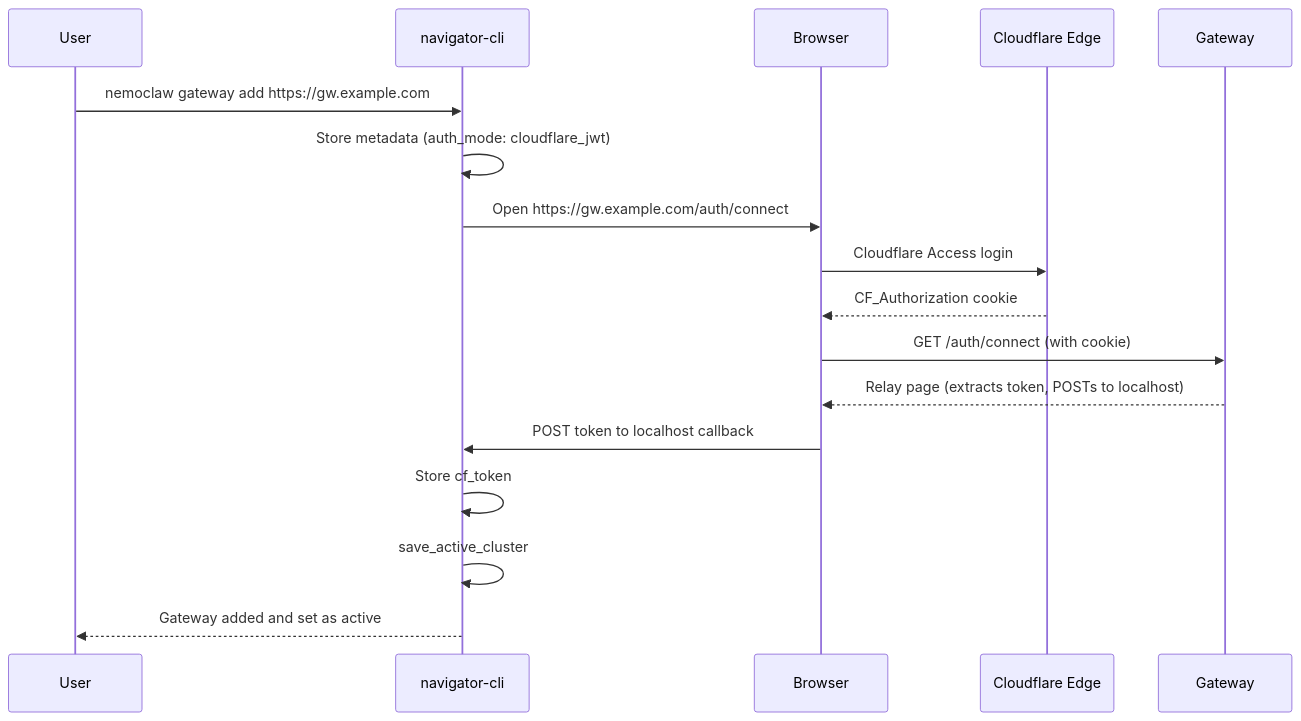
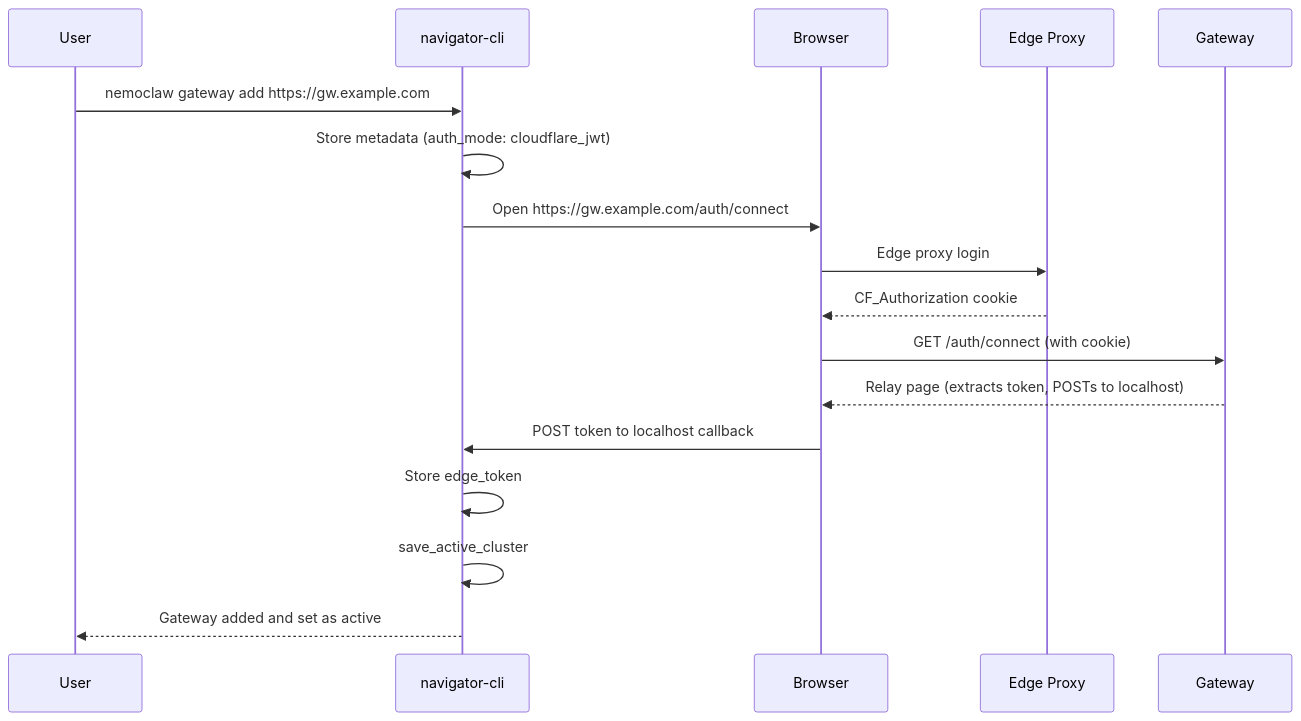
One commit to NVIDIA/OpenShell changed the third of 3 diagrams in architecture/gateway-deploy-connect.md. Above: the diagram before and after it, drawn with Mermaid. The commit also changed other lines of this file and 18 other files, not shown here.

````diff
--- a/architecture/gateway-deploy-connect.md
+++ b/architecture/gateway-deploy-connect.md
@@ -331,20 +114,20 @@
 ```mermaid
 sequenceDiagram
     participant U as User
     participant CLI as navigator-cli
     participant Browser as Browser
-    participant CF as Cloudflare Edge
+    participant Edge as Edge Proxy
     participant GW as Gateway
 
     U->>CLI: nemoclaw gateway add https://gw.example.com
     CLI->>CLI: Store metadata (auth_mode: cloudflare_jwt)
     CLI->>Browser: Open https://gw.example.com/auth/connect
-    Browser->>CF: Cloudflare Access login
-    CF-->>Browser: CF_Authorization cookie
+    Browser->>Edge: Edge proxy login
+    Edge-->>Browser: CF_Authorization cookie
     Browser->>GW: GET /auth/connect (with cookie)
     GW-->>Browser: Relay page (extracts token, POSTs to localhost)
     Browser->>CLI: POST token to localhost callback
-    CLI->>CLI: Store cf_token
+    CLI->>CLI: Store edge_token
     CLI->>CLI: save_active_cluster
     CLI-->>U: Gateway added and set as active
 ```
````
